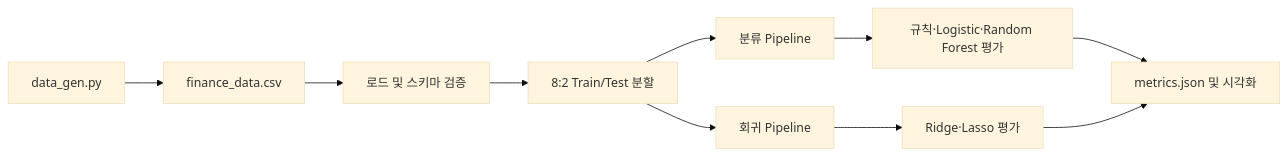
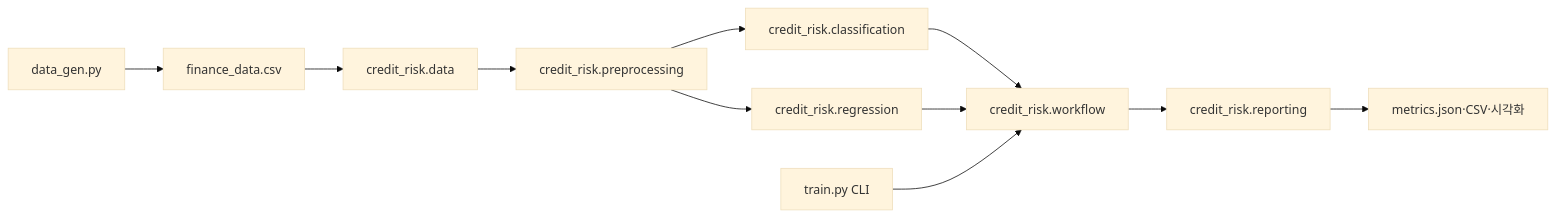
Before and after one commit to shannonlee-dev/credit-risk-modeling-pipeline: the diagram in README.md, drawn with Mermaid (base theme). The commit also changed other lines of this file and 9 other files, not shown here.

Commit message:
refactor(pipeline): modularize credit risk workflow

````diff
--- a/README.md
+++ b/README.md
@@ -18,12 +18,13 @@
 ```mermaid
 flowchart LR
     A[data_gen.py] --> B[finance_data.csv]
-    B --> C[로드 및 스키마 검증]
-    C --> D[8:2 Train/Test 분할]
-    D --> E[분류 Pipeline]
-    D --> F[회귀 Pipeline]
-    E --> G[규칙·Logistic·Random Forest 평가]
-    F --> H[Ridge·Lasso 평가]
-    G --> I[metrics.json 및 시각화]
-    H --> I
+    B --> C[credit_risk.data]
+    C --> D[credit_risk.preprocessing]
+    D --> E[credit_risk.classification]
+    D --> F[credit_risk.regression]
+    E --> G[credit_risk.workflow]
+    F --> G
+    G --> H[credit_risk.reporting]
+    H --> I[metrics.json·CSV·시각화]
+    J[train.py CLI] --> G
 ```
````
